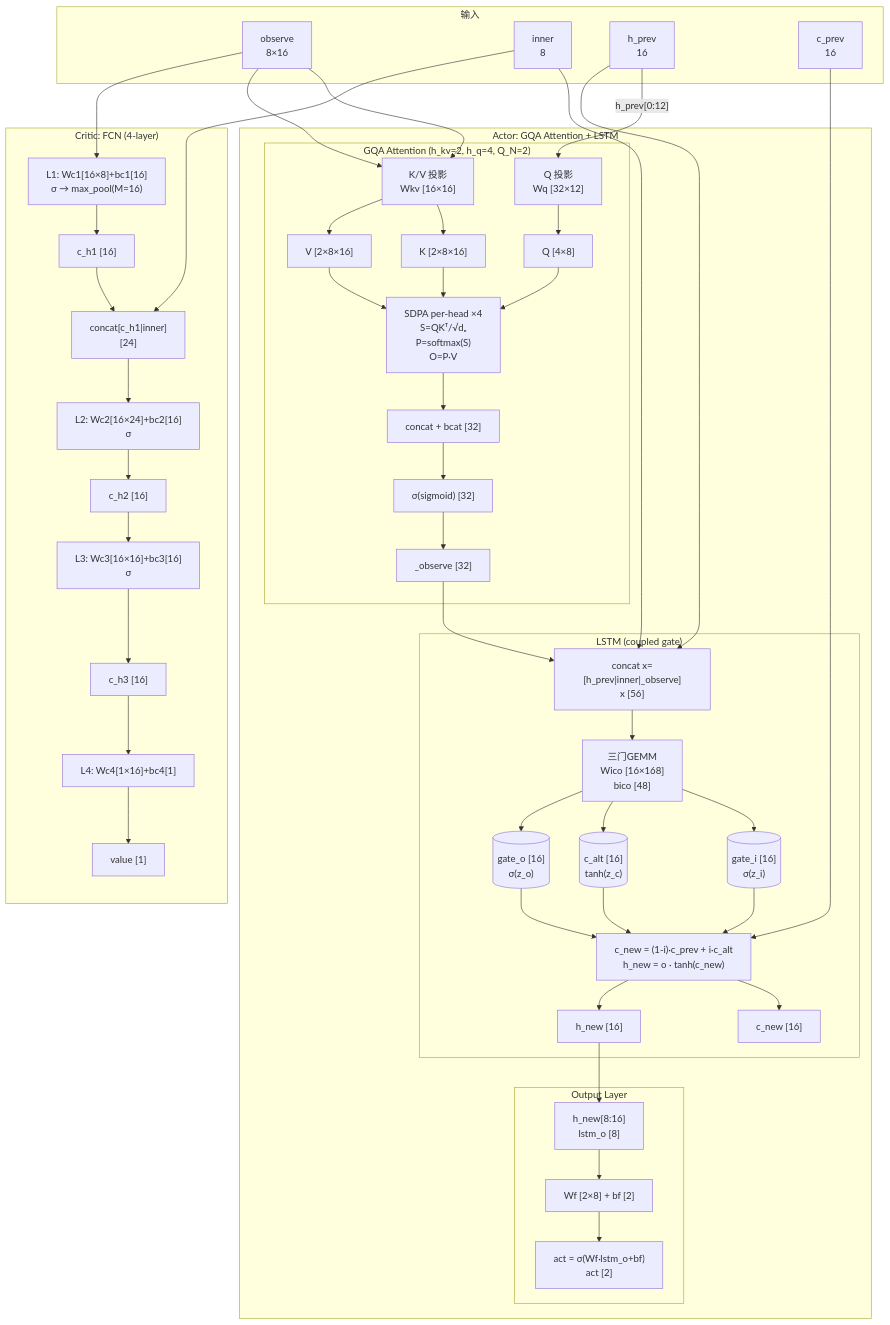
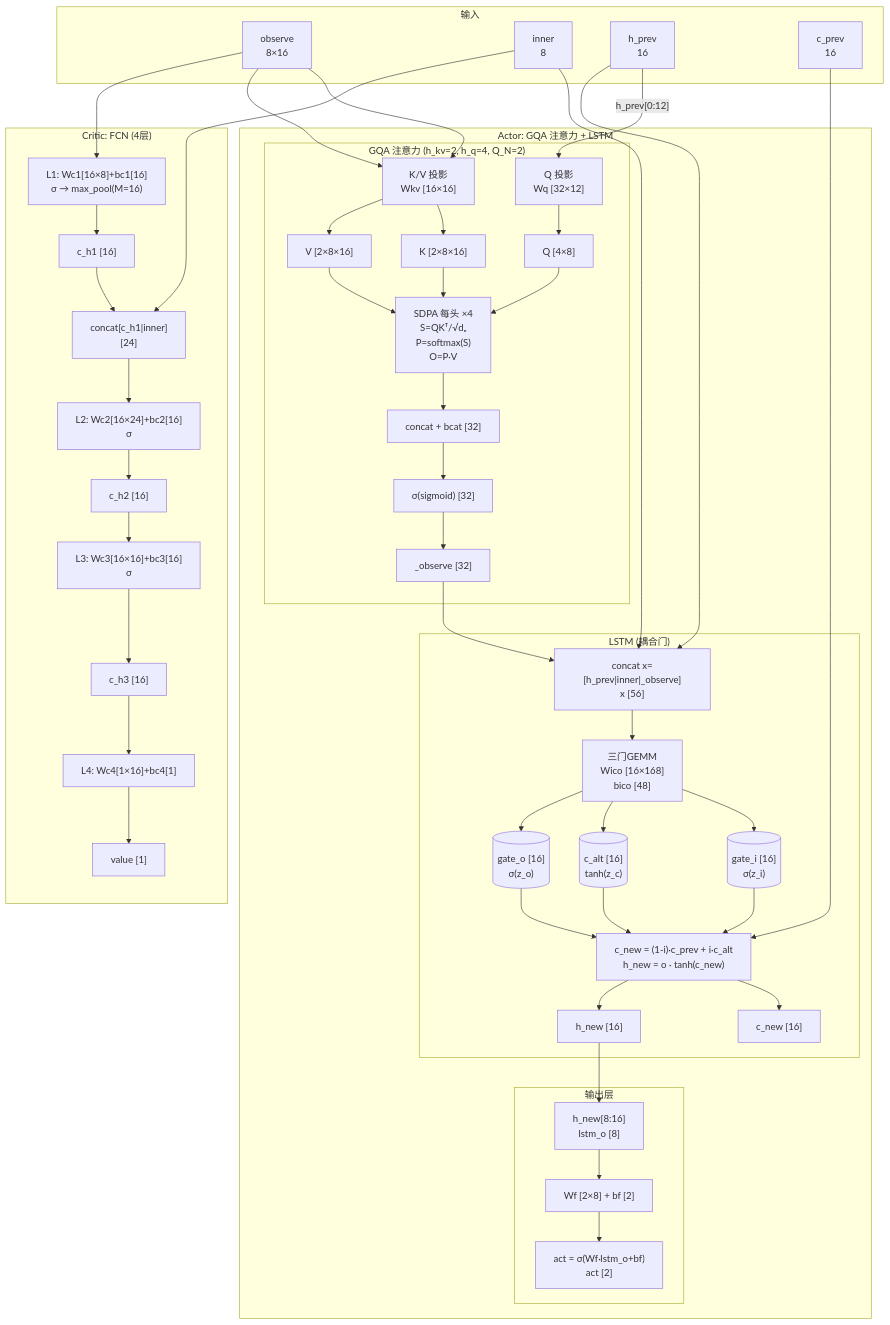
The first of 3 diagrams in doc/attn-lstm-implementation.md (clostou/ecoSim), drawn with Mermaid before and after one commit. The commit also changed other lines of this file and 13 other files, not shown here.

```diff
--- a/doc/attn-lstm-implementation.md
+++ b/doc/attn-lstm-implementation.md
@@ -40,20 +35,20 @@
         CP["c_prev<br/>16"]
     end
 
-    subgraph ACTOR["Actor: GQA Attention + LSTM"]
-        subgraph ATTENTION[" GQA Attention (h_kv=2, h_q=4, Q_N=2) "]
+    subgraph ACTOR["Actor: GQA 注意力 + LSTM"]
+        subgraph ATTENTION[" GQA 注意力 (h_kv=2, h_q=4, Q_N=2) "]
             KV["K/V 投影<br/>Wkv [16×16]"]
             K["K [2×8×16]"]
             V["V [2×8×16]"]
             QP["Q 投影<br/>Wq [32×12]"]
             Q["Q [4×8]"]
-            SDPA["SDPA per-head ×4<br/>S=QKᵀ/√dₑ<br/>P=softmax(S)<br/>O=P·V"]
+            SDPA["SDPA 每头 ×4<br/>S=QKᵀ/√dₑ<br/>P=softmax(S)<br/>O=P·V"]
             BCAT["concat + bcat [32]"]
             SIG["σ(sigmoid) [32]"]
             OBSV["_observe [32]"]
         end
 
-        subgraph LSTM[" LSTM (coupled gate) "]
+        subgraph LSTM[" LSTM (耦合门) "]
             XCAT["concat x=[h_prev|inner|_observe]<br/>x [56]"]
             WICO["三门GEMM<br/>Wico [16×168]<br/>bico [48]"]
             GI[("gate_i [16]<br/>σ(z_i)")]
@@ -64,14 +59,14 @@
             HNEW["h_new [16]"]
         end
 
-        subgraph OUTPUT[" Output Layer "]
+        subgraph OUTPUT[" 输出层 "]
             SLICE["h_new[8:16]<br/>lstm_o [8]"]
             WF["Wf [2×8] + bf [2]"]
             ACT["act = σ(Wf·lstm_o+bf)<br/>act [2]"]
         end
     end
 
-    subgraph CRITIC["Critic: FCN (4-layer)"]
+    subgraph CRITIC["Critic: FCN (4层)"]
         L1["L1: Wc1[16×8]+bc1[16]<br/>σ → max_pool(M=16)"]
         CH1["c_h1 [16]"]
         L2CAT["concat[c_h1|inner]<br/>[24]"]
```
